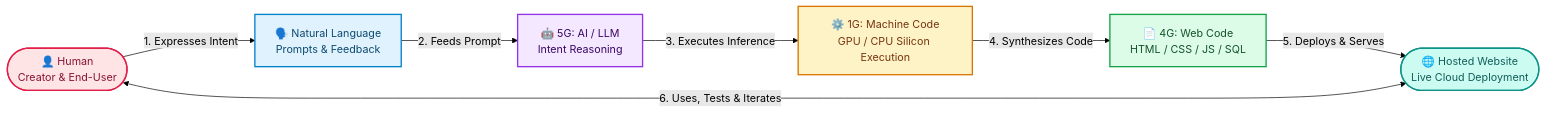
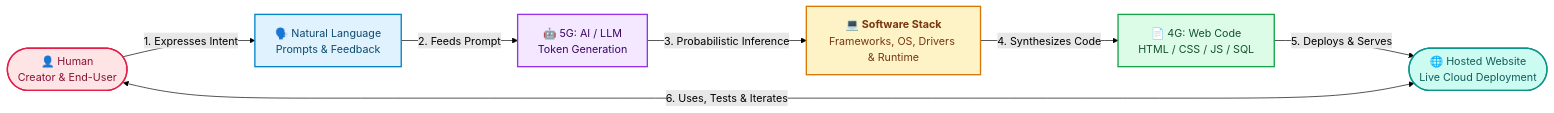
The sixth of 7 diagrams in BLUEPRINT.md (Mcc-Mak/kenya-digitalhub-ai-web-dev), drawn with Mermaid (forest theme) before and after one commit. The commit also changed other lines of this file, not shown here.

````diff
--- a/BLUEPRINT.md
+++ b/BLUEPRINT.md
@@ -128,25 +159,26 @@
 ```mermaid
 flowchart LR
     H(["👤 Human<br/>Creator & End-User"])
     NL["🗣️ Natural Language<br/>Prompts & Feedback"]
-    G5["🤖 5G: AI / LLM<br/>Intent Reasoning"]
-    G1["⚙️ 1G: Machine Code<br/>GPU / CPU Silicon Execution"]
+    G5["🤖 5G: AI / LLM<br/>Token Generation"]
+    SoftwareStack["💻 <b>Software Stack</b><br/>Frameworks, OS, Drivers & Runtime"]
     G4["📄 4G: Web Code<br/>HTML / CSS / JS / SQL"]
     WEB(["🌐 Hosted Website<br/>Live Cloud Deployment"])
 
     H -->|"1. Expresses Intent"| NL
     NL -->|"2. Feeds Prompt"| G5
-    G5 -->|"3. Executes Inference"| G1
-    G1 -->|"4. Synthesizes Code"| G4
+    G5 -->|"3. Probabilistic Inference"| SoftwareStack
+    SoftwareStack -->|"4. Synthesizes Code"| G4
     G4 -->|"5. Deploys & Serves"| WEB
 
     H <-->|"6. Uses, Tests & Iterates"| WEB
 
     style H fill:#ffe4e6,stroke:#e11d48,stroke-width:2px,color:#881337
     style NL fill:#e0f2fe,stroke:#0284c7,stroke-width:2px,color:#0c4a6e
     style G5 fill:#f3e8ff,stroke:#9333ea,stroke-width:2px,color:#3b0764
-    style G1 fill:#fef3c7,stroke:#d97706,stroke-width:2px,color:#78350f
+    style SoftwareStack fill:#fef3c7,stroke:#d97706,stroke-width:2px,color:#78350f
     style G4 fill:#dcfce7,stroke:#16a34a,stroke-width:2px,color:#14532d
     style WEB fill:#ccfbf1,stroke:#0d9488,stroke-width:2px,color:#115e59
 
+
 ```
````
